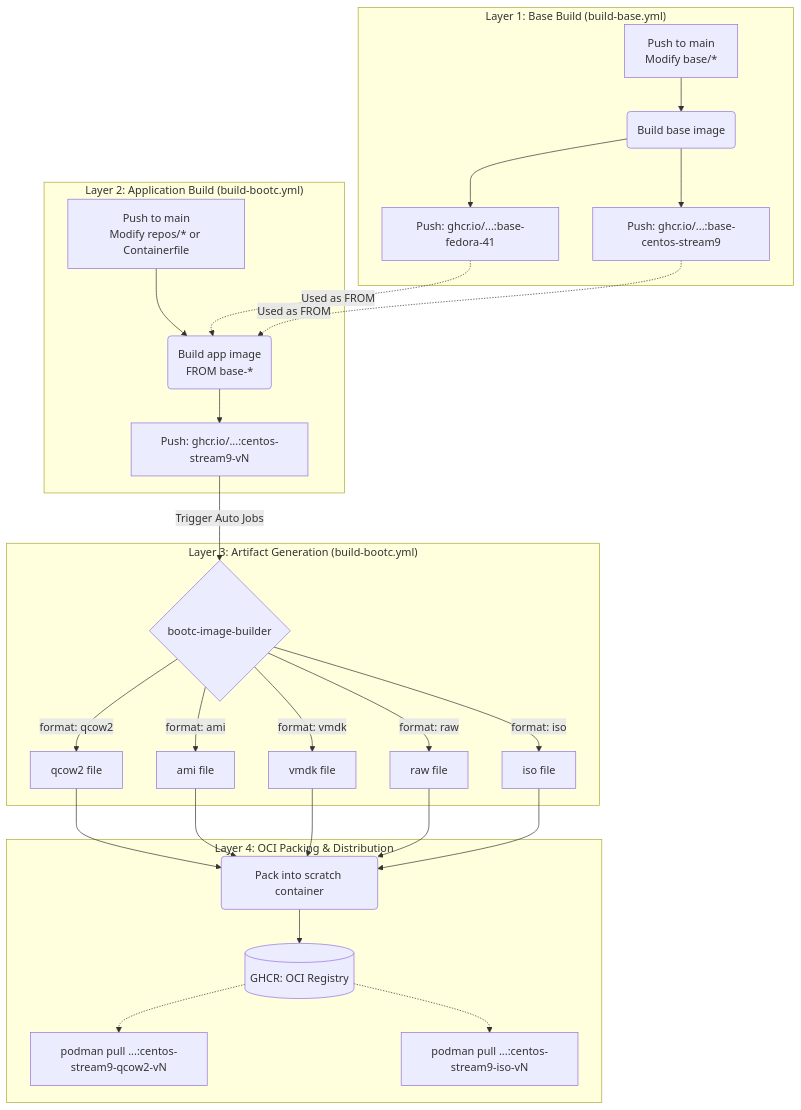
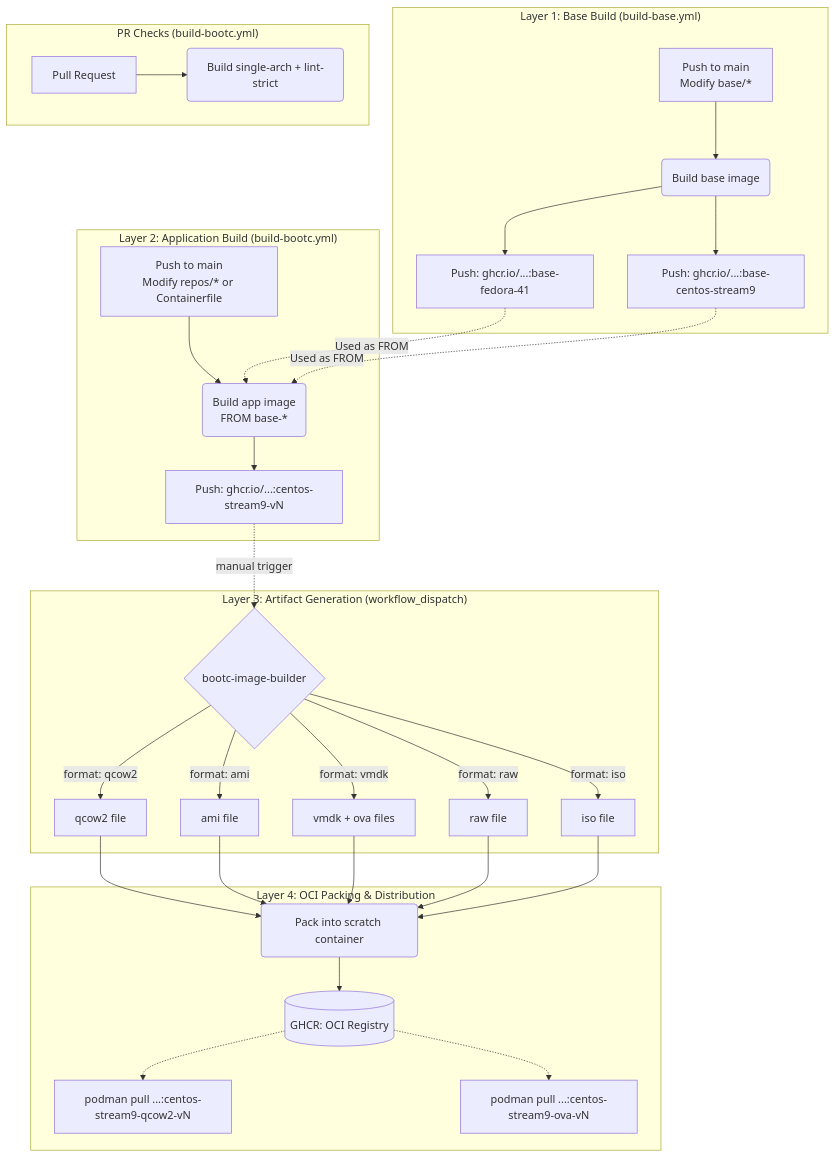
One commit to duyhenryer/bootc-testboot changed the second of 2 diagrams in README.md. Above: the diagram before and after it, drawn with Mermaid. The commit also changed other lines of this file and 46 other files, not shown here.

````diff
--- a/README.md
+++ b/README.md
@@ -112,37 +108,41 @@
 ```mermaid
 graph TD
     subgraph L1["Layer 1: Base Build (build-base.yml)"]
         A[Push to main<br>Modify base/*] --> B(Build base image)
         B --> C[Push: ghcr.io/...:base-fedora-41]
         B --> D[Push: ghcr.io/...:base-centos-stream9]
     end
 
     subgraph L2["Layer 2: Application Build (build-bootc.yml)"]
         E[Push to main<br>Modify repos/* or Containerfile] --> F(Build app image<br>FROM base-*)
         F --> G[Push: ghcr.io/...:centos-stream9-vN]
     end
 
-    subgraph L3["Layer 3: Artifact Generation (build-bootc.yml)"]
-        G -- Trigger Auto Jobs --> H{bootc-image-builder}
+    subgraph PR["PR Checks (build-bootc.yml)"]
+        PR1[Pull Request] --> PR2(Build single-arch + lint-strict)
+    end
+
+    subgraph L3["Layer 3: Artifact Generation (workflow_dispatch)"]
+        G -. manual trigger .-> H{bootc-image-builder}
         H -->|format: qcow2| I[qcow2 file]
         H -->|format: ami| J[ami file]
-        H -->|format: vmdk| K[vmdk file]
+        H -->|format: vmdk| K[vmdk + ova files]
         H -->|format: raw| L[raw file]
         H -->|format: iso| M[iso file]
     end
 
     subgraph L4["Layer 4: OCI Packing & Distribution"]
         I --> N(Pack into scratch container)
         J --> N
         K --> N
         L --> N
         M --> N
         N --> O[(GHCR: OCI Registry)]
-        
+
         O -.-> P[podman pull ...:centos-stream9-qcow2-vN]
-        O -.-> Q[podman pull ...:centos-stream9-iso-vN]
+        O -.-> Q[podman pull ...:centos-stream9-ova-vN]
     end
 
     C -.->|Used as FROM| F
     D -.->|Used as FROM| F
 ```
````
